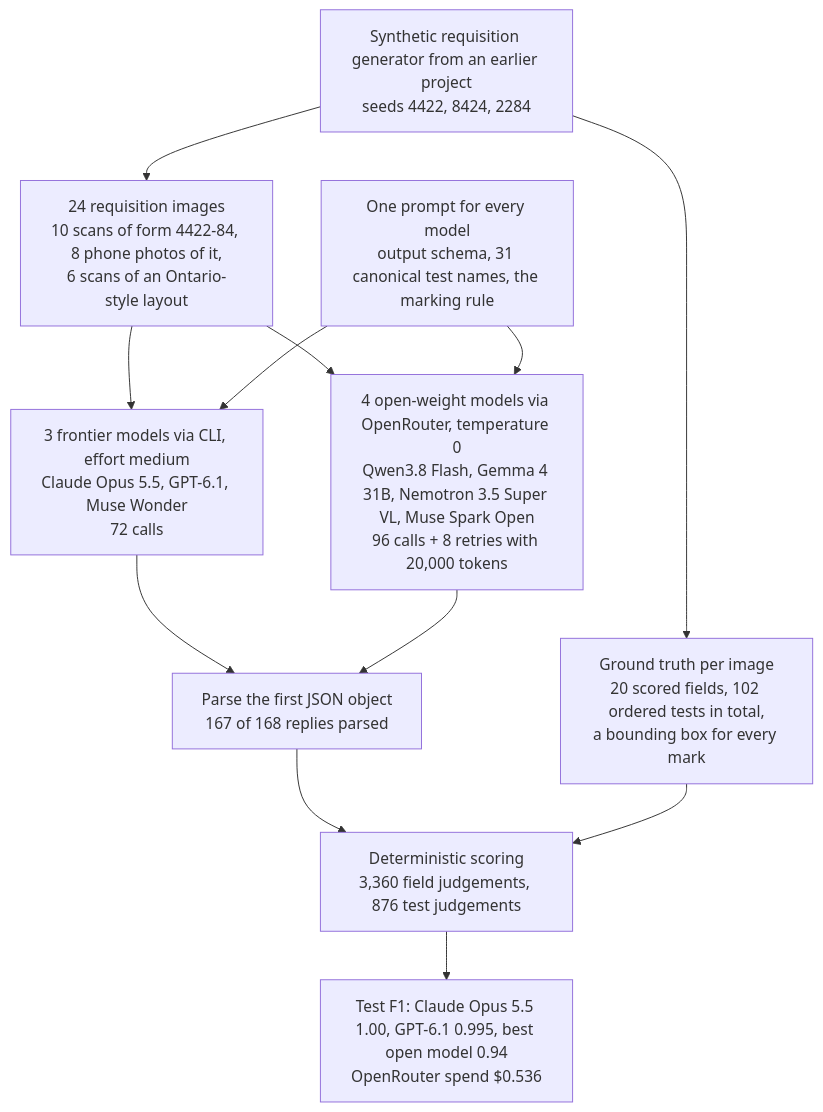
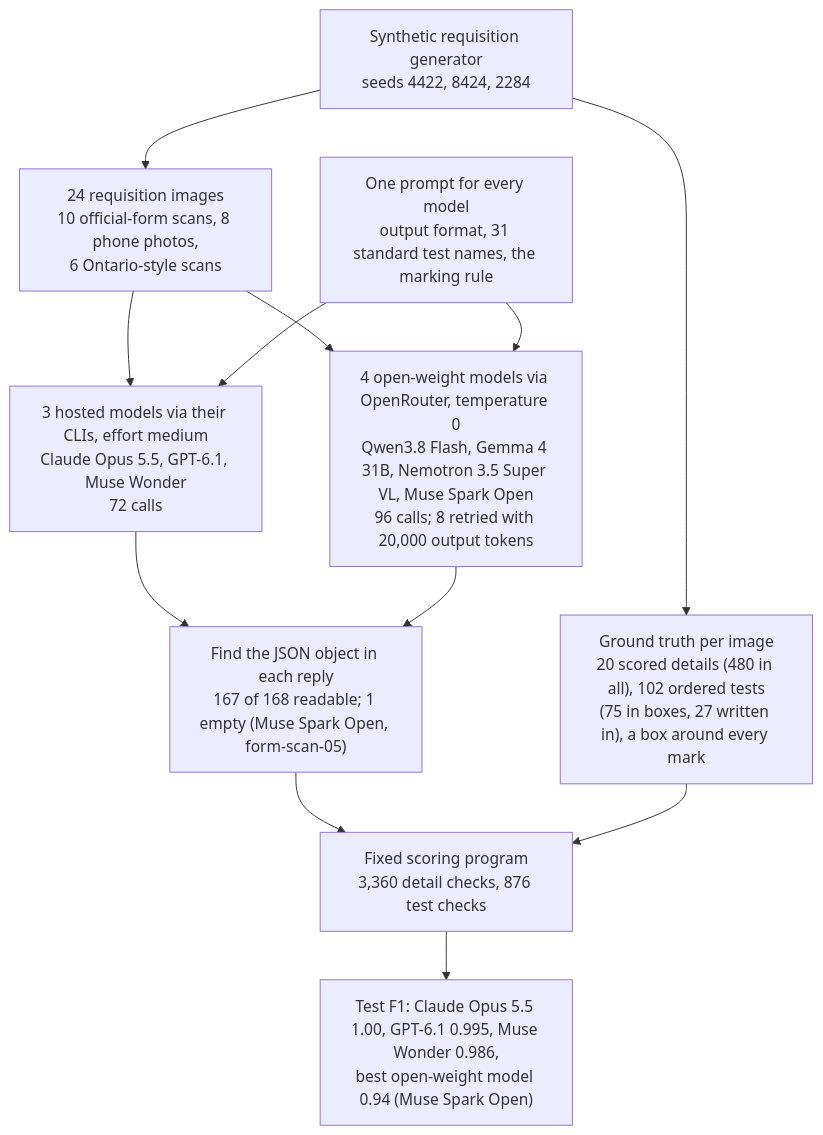
One commit to k-sandhu/experiment-notebooks changed the first of 2 diagrams in notebooks/08-lab-requisition-extraction/README.md. Above: the diagram before and after it, drawn with Mermaid. The commit also changed other lines of this file and 2 other files, not shown here.

````diff
--- a/notebooks/08-lab-requisition-extraction/README.md
+++ b/notebooks/08-lab-requisition-extraction/README.md
@@ -29,23 +87,23 @@
 ```mermaid
 flowchart TD
-    gen["Synthetic requisition generator from an earlier project<br/>seeds 4422, 8424, 2284"]
-    docs["24 requisition images<br/>10 scans of form 4422-84, 8 phone photos of it,<br/>6 scans of an Ontario-style layout"]
-    gt["Ground truth per image<br/>20 scored fields, 102 ordered tests in total,<br/>a bounding box for every mark"]
-    prompt["One prompt for every model<br/>output schema, 31 canonical test names, the marking rule"]
-    cli["3 frontier models via CLI, effort medium<br/>Claude Opus 5.5, GPT-6.1, Muse Wonder<br/>72 calls"]
-    open["4 open-weight models via OpenRouter, temperature 0<br/>Qwen3.8 Flash, Gemma 4 31B, Nemotron 3.5 Super VL, Muse Spark Open<br/>96 calls + 8 retries with 20,000 tokens"]
-    parse["Parse the first JSON object<br/>167 of 168 replies parsed"]
-    score["Deterministic scoring<br/>3,360 field judgements, 876 test judgements"]
-    res["Test F1: Claude Opus 5.5 1.00, GPT-6.1 0.995, best open model 0.94<br/>OpenRouter spend $0.536"]
+    gen["Synthetic requisition generator<br/>seeds 4422, 8424, 2284"]
+    docs["24 requisition images<br/>10 official-form scans, 8 phone photos,<br/>6 Ontario-style scans"]
+    gt["Ground truth per image<br/>20 scored details (480 in all), 102 ordered tests<br/>(75 in boxes, 27 written in), a box around every mark"]
+    prompt["One prompt for every model<br/>output format, 31 standard test names, the marking rule"]
+    cli["3 hosted models via their CLIs, effort medium<br/>Claude Opus 5.5, GPT-6.1, Muse Wonder<br/>72 calls"]
+    open["4 open-weight models via OpenRouter, temperature 0<br/>Qwen3.8 Flash, Gemma 4 31B, Nemotron 3.5 Super VL, Muse Spark Open<br/>96 calls; 8 retried with 20,000 output tokens"]
+    parse["Find the JSON object in each reply<br/>167 of 168 readable; 1 empty (Muse Spark Open, form-scan-05)"]
+    score["Fixed scoring program<br/>3,360 detail checks, 876 test checks"]
+    res["Test F1: Claude Opus 5.5 1.00, GPT-6.1 0.995, Muse Wonder 0.986,<br/>best open-weight model 0.94 (Muse Spark Open)"]
     gen --> docs
     gen --> gt
     docs --> cli
     docs --> open
     prompt --> cli
     prompt --> open
     cli --> parse
     open --> parse
     parse --> score
     gt --> score
     score --> res
 ```
````
